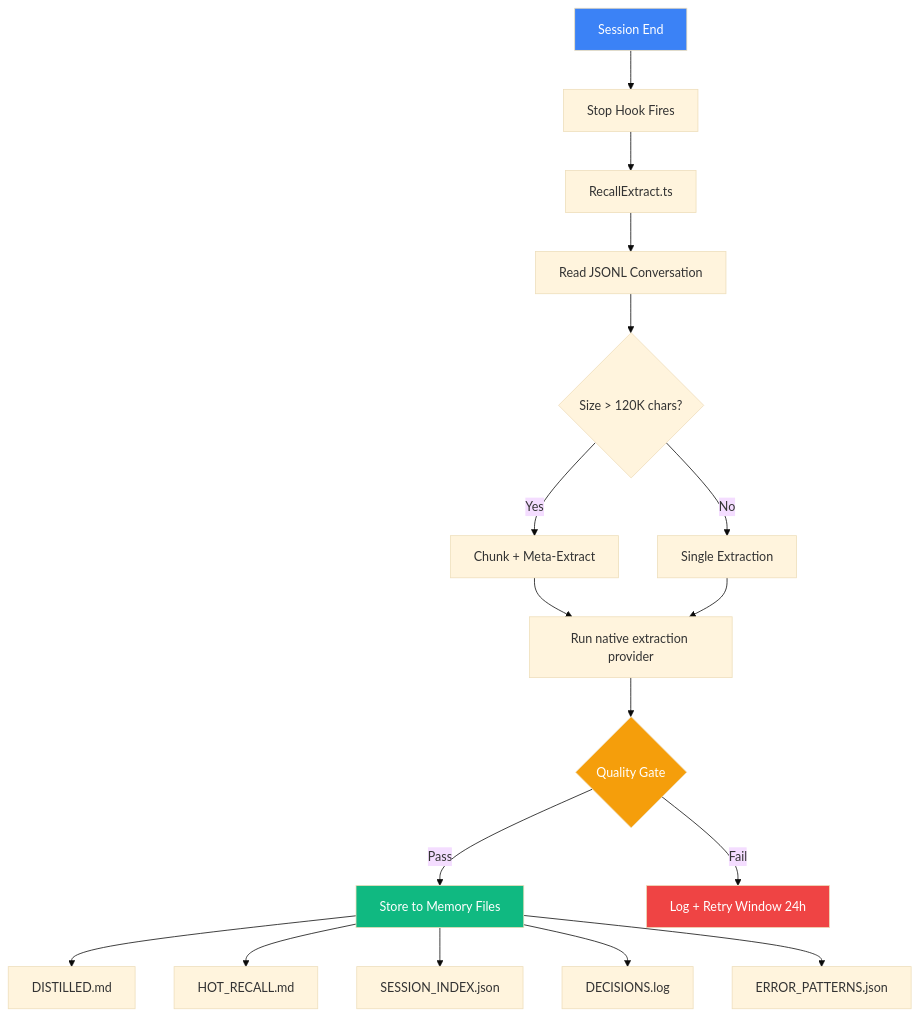
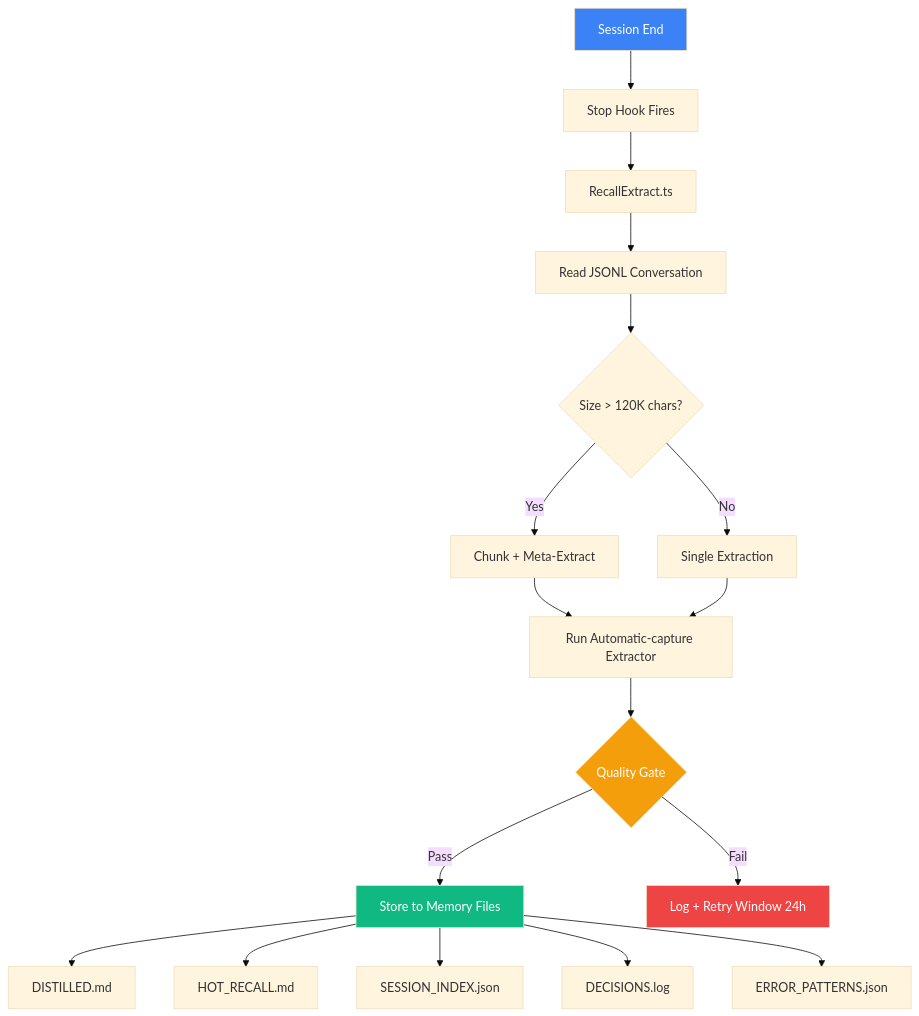
Before and after one commit to edheltzel/Recall: the second of 2 diagrams in docs/architecture.md, drawn with Mermaid (base theme). The commit also changed other lines of this file and 119 other files, not shown here.

````diff
--- a/docs/architecture.md
+++ b/docs/architecture.md
@@ -219,24 +219,24 @@
 ```mermaid
 graph TD
     A[Session End] --> B[Stop Hook Fires]
     B --> C[RecallExtract.ts]
     C --> D[Read JSONL Conversation]
     D --> E{Size > 120K chars?}
     E -->|Yes| F[Chunk + Meta-Extract]
     E -->|No| G[Single Extraction]
-    F --> H[Run native extraction provider]
+    F --> H[Run Automatic-capture Extractor]
     G --> H
     H --> I{Quality Gate}
     I -->|Pass| J[Store to Memory Files]
     I -->|Fail| K[Log + Retry Window 24h]
     J --> L[DISTILLED.md]
     J --> M[HOT_RECALL.md]
     J --> N[SESSION_INDEX.json]
     J --> O[DECISIONS.log]
     J --> P[ERROR_PATTERNS.json]
 
     style A fill:#3B82F6,color:#fff
     style I fill:#F59E0B,color:#fff
     style J fill:#10B981,color:#fff
     style K fill:#EF4444,color:#fff
 ```
````
